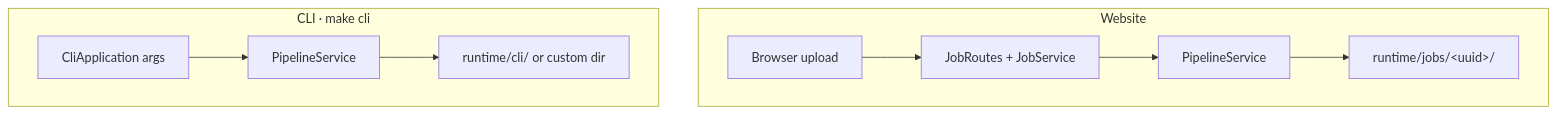
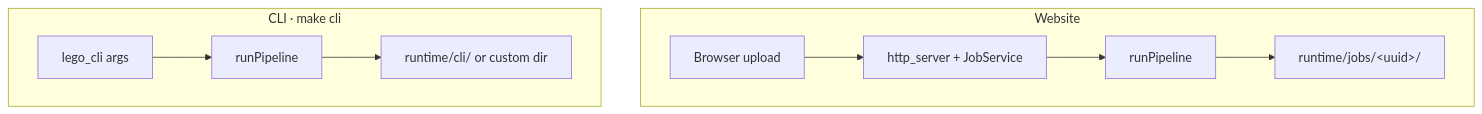
One commit to WesJennings/LegoPictureGenerator changed the seventh of 7 diagrams in ARCHITECTURE.md. Above: the diagram before and after it, drawn with Mermaid. The commit also changed other lines of this file and 93 other files, not shown here.

First line of the commit message:
Replace Java host with C++ HTTP server, jobs, and CLI

````diff
--- a/ARCHITECTURE.md
+++ b/ARCHITECTURE.md
@@ -225,13 +213,13 @@
 ```mermaid
 flowchart TB
   subgraph web_path["Website"]
-    W1["Browser upload"] --> W2["JobRoutes + JobService"]
-    W2 --> W3["PipelineService"]
+    W1["Browser upload"] --> W2["http_server + JobService"]
+    W2 --> W3["runPipeline"]
     W3 --> W4["runtime/jobs/&lt;uuid&gt;/"]
   end
 
   subgraph cli_path["CLI · make cli"]
-    C1["CliApplication args"] --> C3["PipelineService"]
+    C1["lego_cli args"] --> C3["runPipeline"]
     C3 --> C4["runtime/cli/ or custom dir"]
   end
 ```
````
